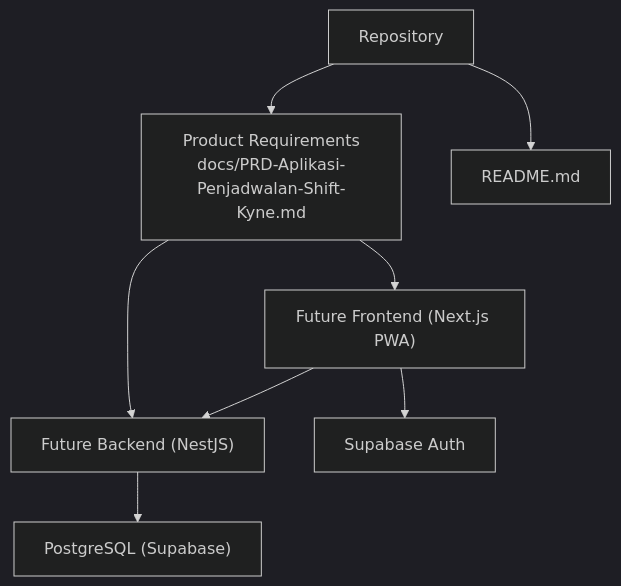
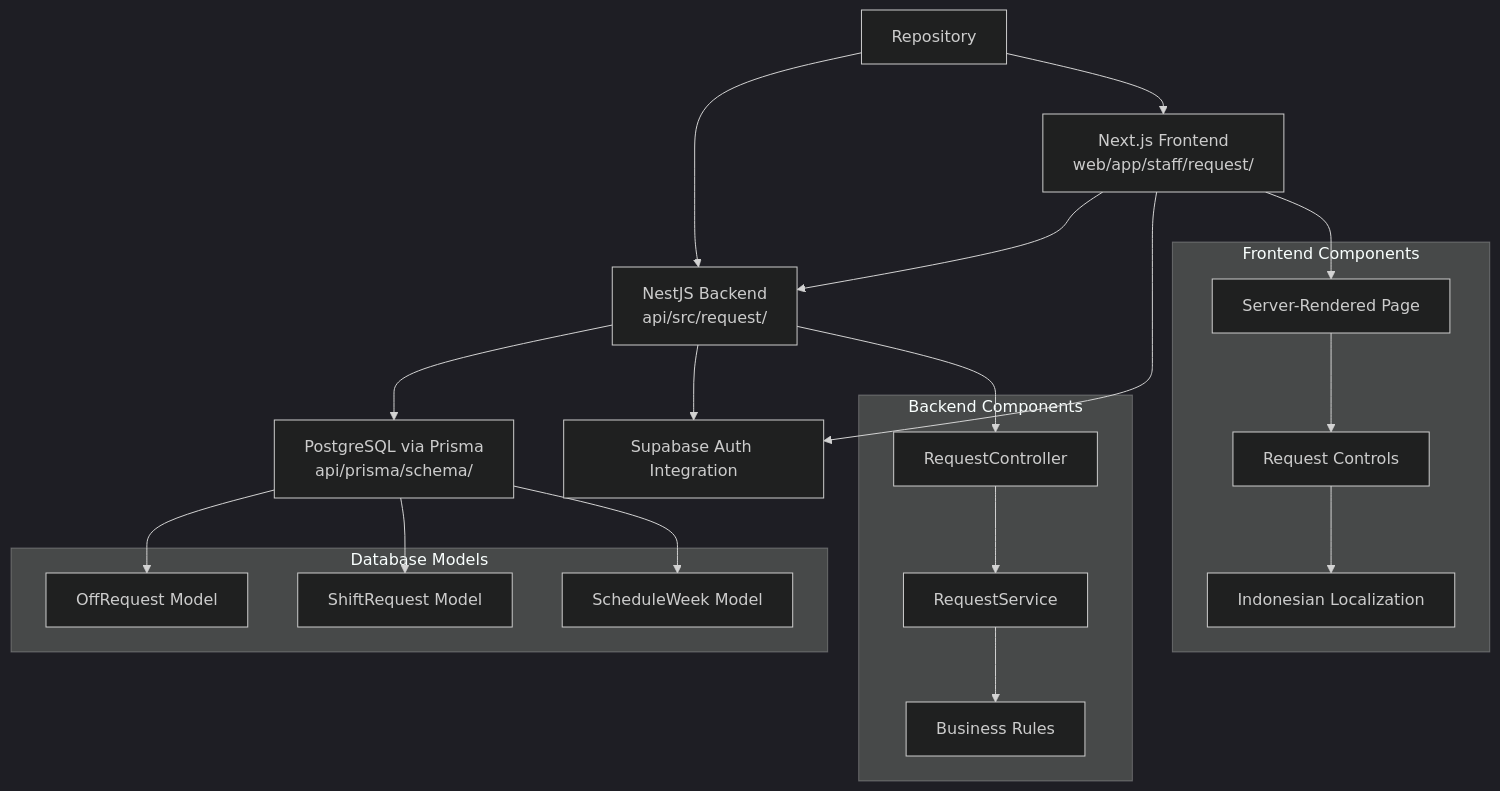
The first of 12 diagrams in .qoder/repowiki/en/content/Product Requirements Document/Functional Specifications/Request Management Module (F3).md (epo33m/scheduling), drawn with Mermaid (dark theme) before and after one commit. The commit also changed other lines of this file and 1 other file, not shown here.

First line of the commit message:
chore(repowiki): regenerate F3 request management knowledge doc

````diff
--- a/.qoder/repowiki/en/content/Product Requirements Document/Functional Specifications/Request Management Module (F3).md
+++ b/.qoder/repowiki/en/content/Product Requirements Document/Functional Specifications/Request Management Module (F3).md
@@ -33,17 +59,38 @@
 ```mermaid
 graph TB
 Repo["Repository"]
-Docs["Product Requirements<br/>docs/PRD-Aplikasi-Penjadwalan-Shift-Kyne.md"]
-Readme["README.md"]
-FutureAPI["Future Backend (NestJS)"]
-FutureWeb["Future Frontend (Next.js PWA)"]
-DB["PostgreSQL (Supabase)"]
-Auth["Supabase Auth"]
-Repo --> Docs
-Repo --> Readme
-Docs --> FutureAPI
-Docs --> FutureWeb
-FutureAPI --> DB
-FutureWeb --> Auth
-FutureWeb --> FutureAPI
+API["NestJS Backend<br/>api/src/request/"]
+Web["Next.js Frontend<br/>web/app/staff/request/"]
+DB["PostgreSQL via Prisma<br/>api/prisma/schema/"]
+Auth["Supabase Auth Integration"]
+Repo --> API
+Repo --> Web
+API --> DB
+Web --> API
+API --> Auth
+Web --> Auth
+subgraph "Backend Components"
+Controller["RequestController"]
+Service["RequestService"]
+Validators["Business Rules"]
+end
+subgraph "Frontend Components"
+Page["Server-Rendered Page"]
+Controls["Request Controls"]
+Labels["Indonesian Localization"]
+end
+subgraph "Database Models"
+OffRequest["OffRequest Model"]
+ShiftRequest["ShiftRequest Model"]
+ScheduleWeek["ScheduleWeek Model"]
+end
+API --> Controller
+Controller --> Service
+Service --> Validators
+Web --> Page
+Page --> Controls
+Controls --> Labels
+DB --> OffRequest
+DB --> ShiftRequest
+DB --> ScheduleWeek
 ```
````
